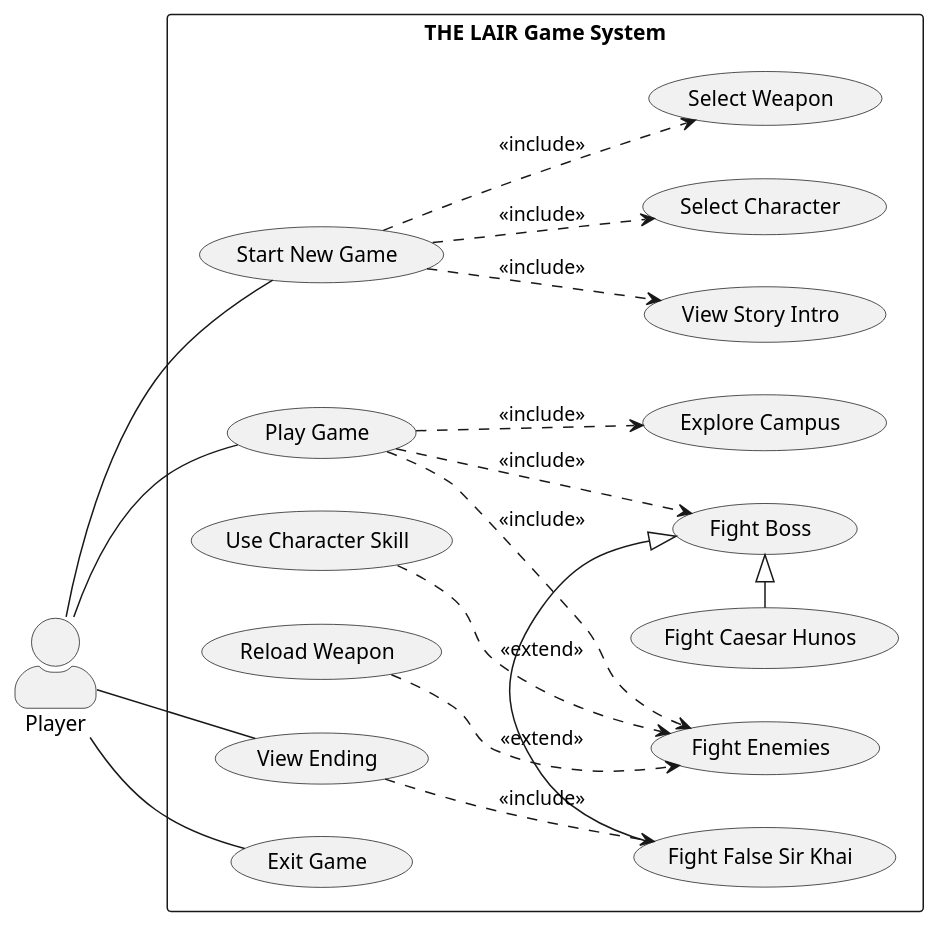
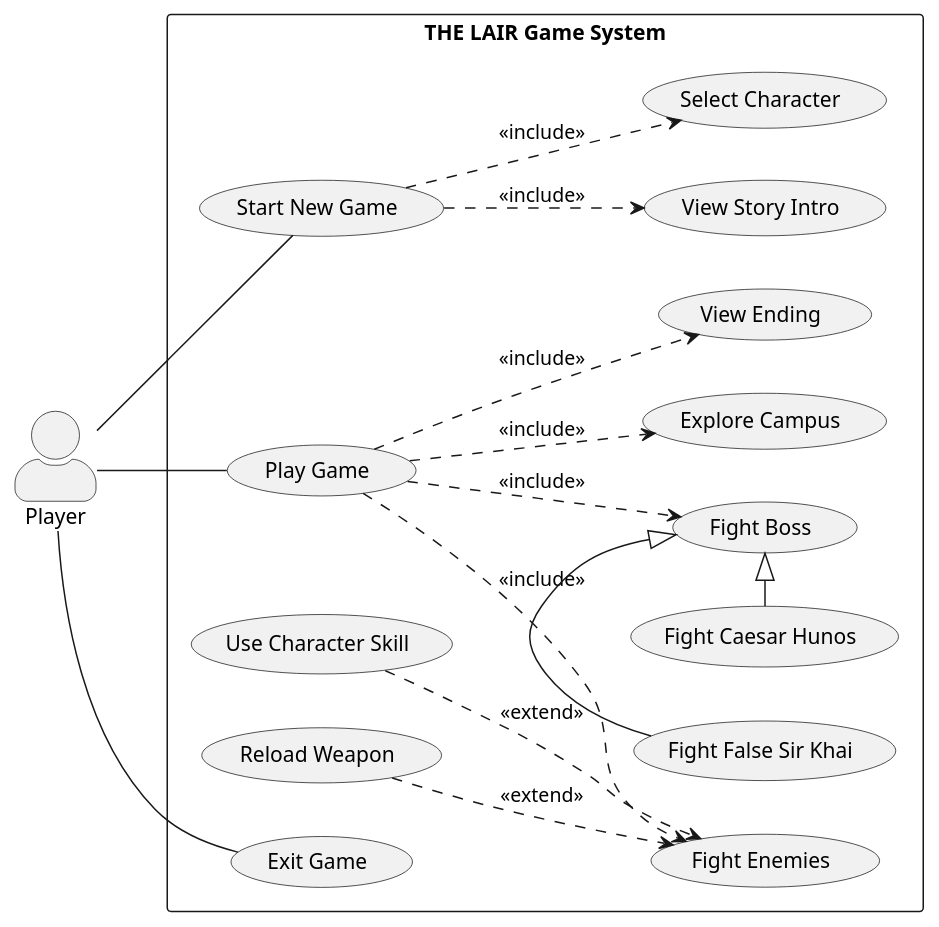
One commit to x1ren/Lair---FinalOOP-project changed the diagram in docs/use-case-diagram.puml. Above: the diagram before and after it, drawn with PlantUML. The commit also changed 11 other files, not shown here.

```diff
--- a/docs/use-case-diagram.puml
+++ b/docs/use-case-diagram.puml
@@ -1,46 +1,42 @@
 @startuml
 left to right direction
 skinparam packageStyle rectangle
 skinparam actorStyle awesome
 
 actor Player
 
 rectangle "THE LAIR Game System" {
   usecase "Start New Game" as UC_Start
   usecase "View Story Intro" as UC_Intro
   usecase "Select Character" as UC_SelectCharacter
-  usecase "Select Weapon" as UC_SelectWeapon
   usecase "Play Game" as UC_Play
   usecase "Explore Campus" as UC_Explore
   usecase "Fight Enemies" as UC_FightEnemies
   usecase "Fight Boss" as UC_FightBoss
   usecase "Fight Caesar Hunos" as UC_Caesar
   usecase "Fight False Sir Khai" as UC_Khai
   usecase "Use Character Skill" as UC_Skill
   usecase "Reload Weapon" as UC_Reload
   usecase "View Ending" as UC_Ending
   usecase "Exit Game" as UC_Exit
 }
 
 Player -- UC_Start
 Player -- UC_Play
-Player -- UC_Ending
 Player -- UC_Exit
 
 UC_Start ..> UC_Intro : <<include>>
 UC_Start ..> UC_SelectCharacter : <<include>>
-UC_Start ..> UC_SelectWeapon : <<include>>
 
 UC_Play ..> UC_Explore : <<include>>
 UC_Play ..> UC_FightEnemies : <<include>>
 UC_Play ..> UC_FightBoss : <<include>>
+UC_Play ..> UC_Ending : <<include>>
 
 UC_Skill ..> UC_FightEnemies : <<extend>>
 UC_Reload ..> UC_FightEnemies : <<extend>>
 
 UC_Caesar -|> UC_FightBoss
 UC_Khai -|> UC_FightBoss
 
-UC_Ending ..> UC_Khai : <<include>>
-
 @enduml
```
